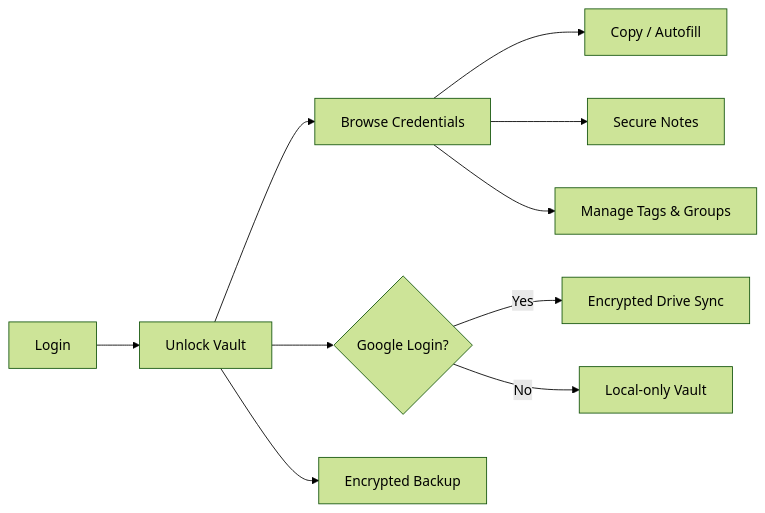
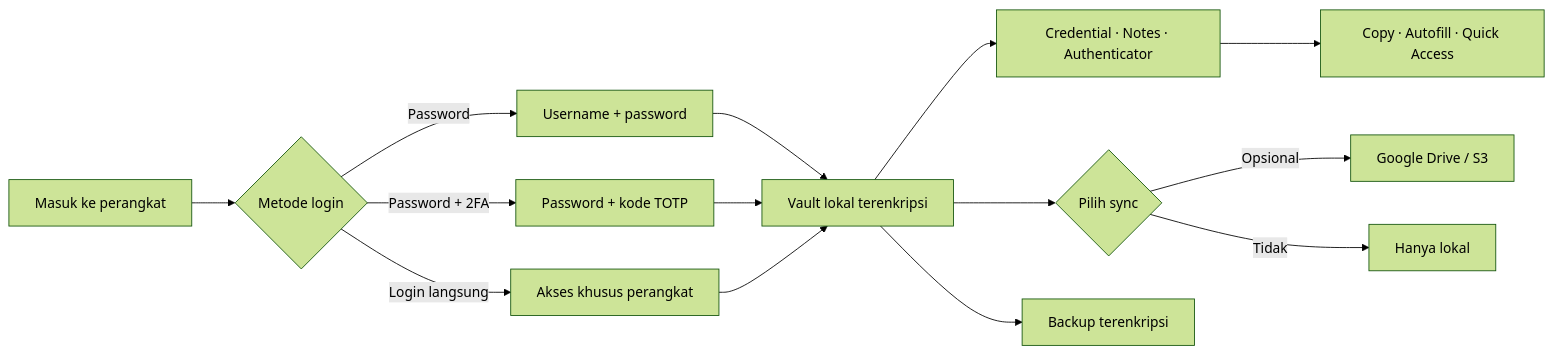
Before and after one commit to okkinurf/passsa: the first of 3 diagrams in README.md, drawn with Mermaid (forest theme). The commit also changed other lines of this file and 2 other files, not shown here.

````diff
--- a/README.md
+++ b/README.md
@@ -47,12 +53,16 @@
 ```mermaid
 flowchart LR
-    A[Login] --> B[Unlock Vault]
-    B --> C[Browse Credentials]
-    C --> D[Copy / Autofill]
-    C --> E[Secure Notes]
-    C --> F[Manage Tags & Groups]
-    B --> G{Google Login?}
-    G -->|Yes| H[Encrypted Drive Sync]
-    G -->|No| I[Local-only Vault]
-    B --> J[Encrypted Backup]
+    A[Masuk ke perangkat] --> B{Metode login}
+    B -->|Password| C[Username + password]
+    B -->|Password + 2FA| D[Password + kode TOTP]
+    B -->|Login langsung| E[Akses khusus perangkat]
+    C --> F[Vault lokal terenkripsi]
+    D --> F
+    E --> F
+    F --> G[Credential · Notes · Authenticator]
+    G --> H[Copy · Autofill · Quick Access]
+    F --> I{Pilih sync}
+    I -->|Opsional| J[Google Drive / S3]
+    I -->|Tidak| K[Hanya lokal]
+    F --> L[Backup terenkripsi]
 ```
````
